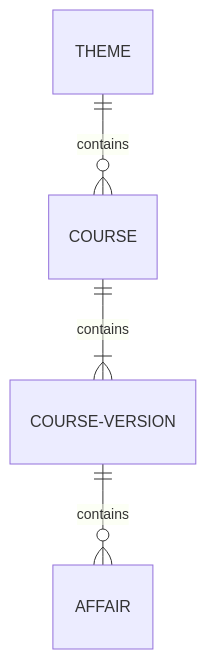
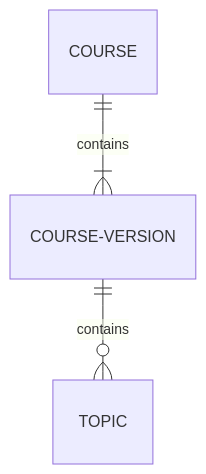
Before and after one commit to byhumane/content_management: the first of 2 diagrams in Content/20210424_Content organization.md, drawn with Mermaid. The commit also changed other lines of this file and 3 other files, not shown here.

````diff
--- a/Content/20210424_Content organization.md
+++ b/Content/20210424_Content organization.md
@@ -64,6 +75,5 @@
 ```mermaid
 erDiagram
-THEME ||--o{ COURSE : contains
 COURSE ||--|{ COURSE-VERSION : contains
-COURSE-VERSION ||--o{ AFFAIR : "contains"
+COURSE-VERSION ||--o{ TOPIC : "contains"
 ```
````
